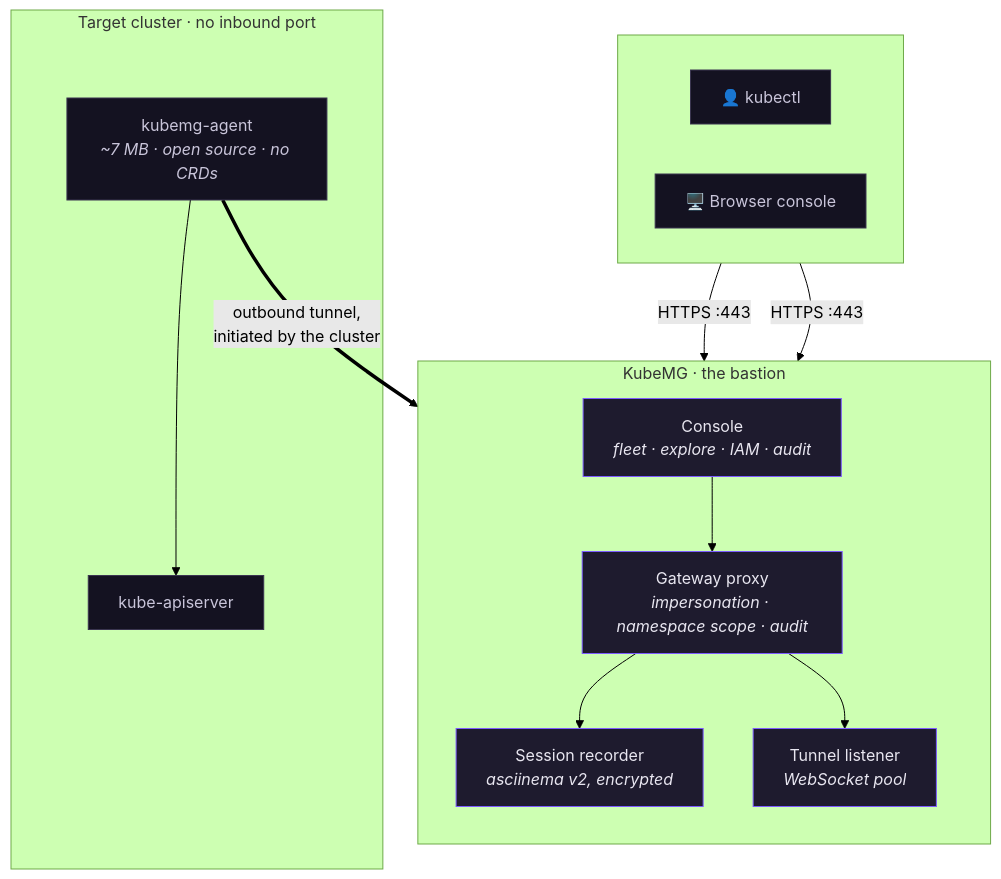
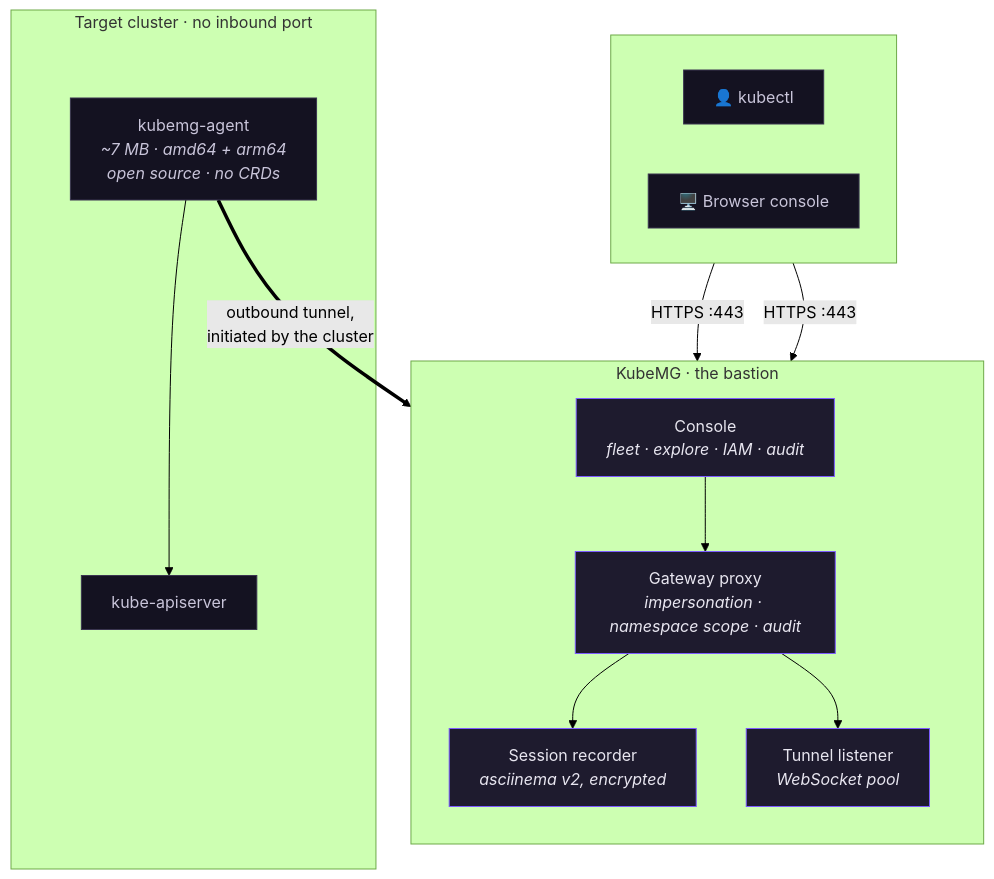
The first of 7 diagrams in README.md (kubemg/kubemg), drawn with Mermaid (forest theme) before and after one commit. The commit also changed other lines of this file, not shown here.

````diff
--- a/README.md
+++ b/README.md
@@ -26,34 +26,34 @@
 ```mermaid
 flowchart TB
     subgraph users[" "]
         direction LR
         U1["👤 kubectl"]
         U2["🖥️ Browser console"]
     end
 
     subgraph kubemg["KubeMG · the bastion"]
         direction TB
         C["Console<br/><i>fleet · explore · IAM · audit</i>"]
         P["Gateway proxy<br/><i>impersonation · namespace scope · audit</i>"]
         R["Session recorder<br/><i>asciinema v2, encrypted</i>"]
         T["Tunnel listener<br/><i>WebSocket pool</i>"]
     end
 
     subgraph cluster["Target cluster · no inbound port"]
-        A["kubemg-agent<br/><i>~7 MB · open source · no CRDs</i>"]
+        A["kubemg-agent<br/><i>~7 MB · amd64 + arm64<br/>open source · no CRDs</i>"]
         K["kube-apiserver"]
     end
 
     U1 -- "HTTPS :443" --> P
     U2 -- "HTTPS :443" --> C
     C --> P
     P --> R
     P --> T
     A == "outbound tunnel,<br/>initiated by the cluster" ==> T
     A --> K
 
     classDef box fill:#1e1b2e,stroke:#7c5cff,color:#e8e6f0
     classDef edge fill:#141221,stroke:#3a3550,color:#c9c5da
     class C,P,R,T box
     class A,K,U1,U2 edge
 ```
````
